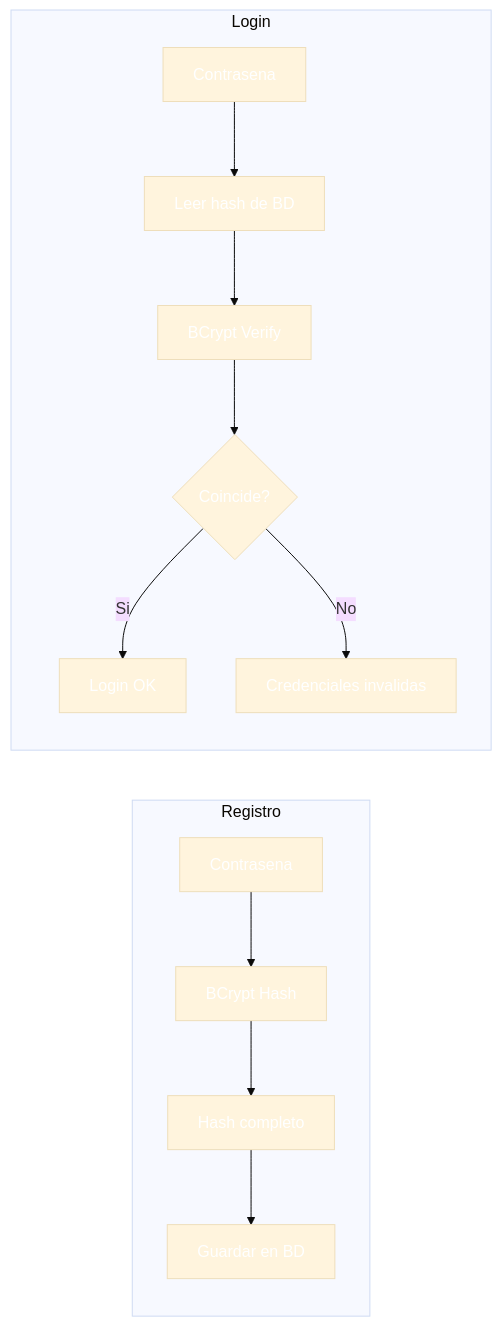
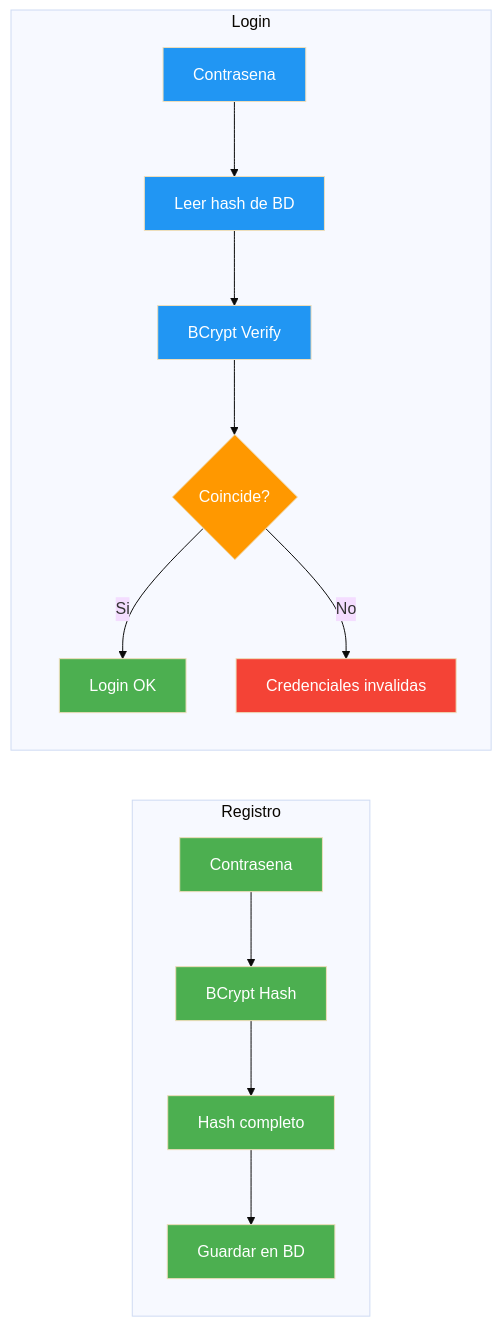
Before and after one commit to joseluisgs/DesarrolloWebEntornosServidor-02-2026-2027: the ninth of 15 diagrams in 16-autenticacion.md, drawn with Mermaid (base theme). The commit also changed other lines of this file and 29 other files, not shown here.

Commit message:
docs: corregir estilos Mermaid y estilo, quitar referencias a la Tienda y reestructurar los retos 13 y 15

````diff
--- a/16-autenticacion.md
+++ b/16-autenticacion.md
@@ -441,27 +441,27 @@
 ```mermaid
 flowchart LR
     subgraph Registro
         R1[Contrasena] --> R2[BCrypt Hash]
         R2 --> R3[Hash completo]
         R3 --> R4[Guardar en BD]
     end
 
     subgraph Login
         L1[Contrasena] --> L2[Leer hash de BD]
         L2 --> L3[BCrypt Verify]
         L3 --> L4{Coincide?}
         L4 -->|Si| L5[Login OK]
         L4 -->|No| L6[Credenciales invalidas]
     end
 
-    style R1 fill:#4CAF5,color:#fff0,color:#fff
-    style R2 fill:#4CAF5,color:#fff0,color:#fff
-    style R3 fill:#4CAF5,color:#fff0,color:#fff
-    style R4 fill:#4CAF5,color:#fff0,color:#fff
-    style L1 fill:#2196F,color:#fff3,color:#fff
-    style L2 fill:#2196F,color:#fff3,color:#fff
-    style L3 fill:#2196F,color:#fff3,color:#fff
-    style L4 fill:#FF980,color:#fff0,color:#fff
-    style L5 fill:#4CAF5,color:#fff0,color:#fff
-    style L6 fill:#f4433,color:#fff6,color:#fff
+    style R1 fill:#4CAF50,color:#fff
+    style R2 fill:#4CAF50,color:#fff
+    style R3 fill:#4CAF50,color:#fff
+    style R4 fill:#4CAF50,color:#fff
+    style L1 fill:#2196F3,color:#fff
+    style L2 fill:#2196F3,color:#fff
+    style L3 fill:#2196F3,color:#fff
+    style L4 fill:#FF9800,color:#fff
+    style L5 fill:#4CAF50,color:#fff
+    style L6 fill:#f44336,color:#fff
 ```
````
